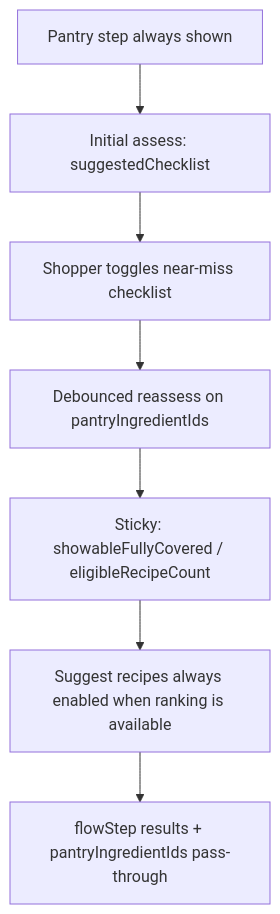
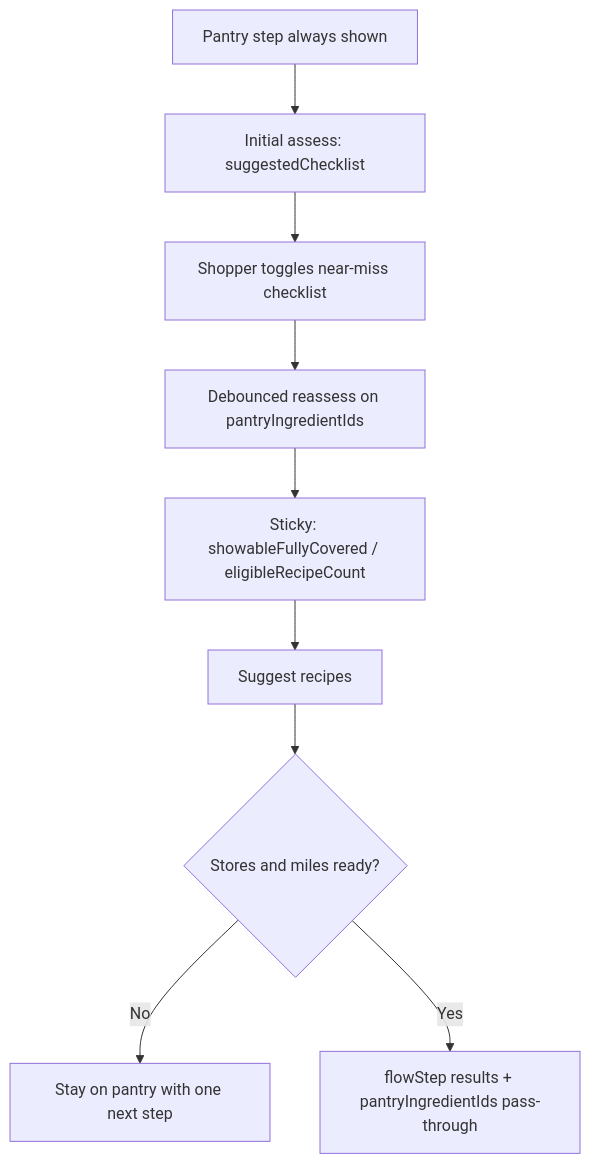
One commit to sfh1980/Yum4Less changed the eighth of 10 diagrams in docs/shopper-workflows.md. Above: the diagram before and after it, drawn with Mermaid. The commit also changed other lines of this file and 23 other files, not shown here.

````diff
--- a/docs/shopper-workflows.md
+++ b/docs/shopper-workflows.md
@@ -237,9 +237,11 @@
 ```mermaid
 flowchart TD
   pantryAlways[Pantry step always shown] --> assess[Initial assess: suggestedChecklist]
   assess --> toggles[Shopper toggles near-miss checklist]
   toggles --> reassess[Debounced reassess on pantryIngredientIds]
   reassess --> sticky[Sticky: showableFullyCovered / eligibleRecipeCount]
-  sticky --> suggest[Suggest recipes always enabled when ranking is available]
-  suggest --> rankPass[flowStep results + pantryIngredientIds pass-through]
+  sticky --> suggest[Suggest recipes]
+  suggest --> ready{Stores and miles ready?}
+  ready -->|No| stay[Stay on pantry with one next step]
+  ready -->|Yes| rankPass[flowStep results + pantryIngredientIds pass-through]
 ```
````
